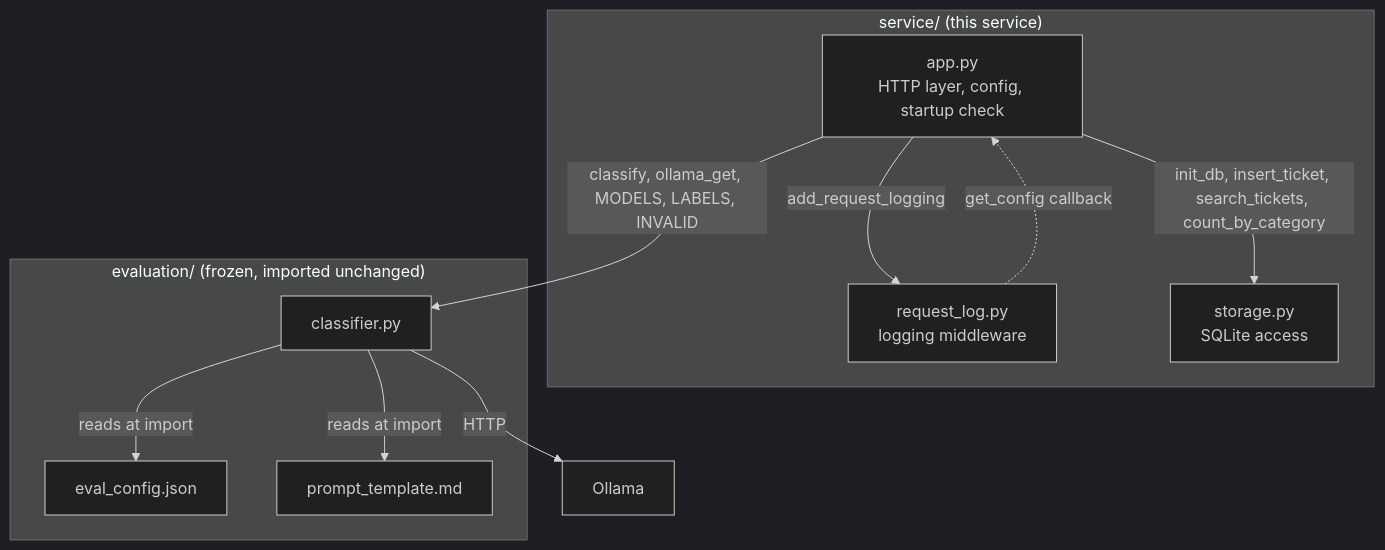
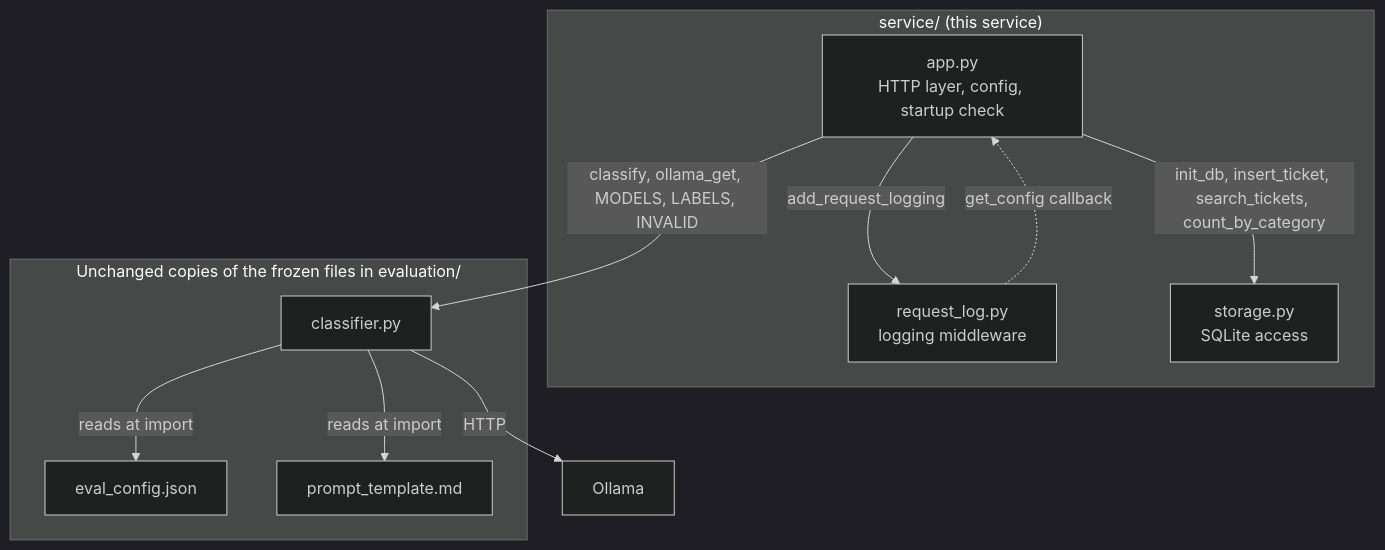
One commit to Nnestt/ict3113-p1-1-a1 changed the second of 9 diagrams in service/DESIGN.md. Above: the diagram before and after it, drawn with Mermaid (dark theme). The commit also changed other lines of this file and 11 other files, not shown here.

````diff
--- a/service/DESIGN.md
+++ b/service/DESIGN.md
@@ -54,21 +54,21 @@
 ```mermaid
 flowchart TB
     subgraph SVC["service/ (this service)"]
         APP["app.py<br/>HTTP layer, config, startup check"]
         RL["request_log.py<br/>logging middleware"]
         ST["storage.py<br/>SQLite access"]
     end
-    subgraph FZ["evaluation/ (frozen, imported unchanged)"]
+    subgraph FZ["Unchanged copies of the frozen files in evaluation/"]
         CL["classifier.py"]
         CFG["eval_config.json"]
         PT["prompt_template.md"]
     end
     OLL["Ollama"]
     APP -->|"add_request_logging"| RL
     RL -.->|"get_config callback"| APP
     APP -->|"init_db, insert_ticket, search_tickets, count_by_category"| ST
     APP -->|"classify, ollama_get, MODELS, LABELS, INVALID"| CL
     CL -->|"reads at import"| CFG
     CL -->|"reads at import"| PT
     CL -->|"HTTP"| OLL
 ```
````
